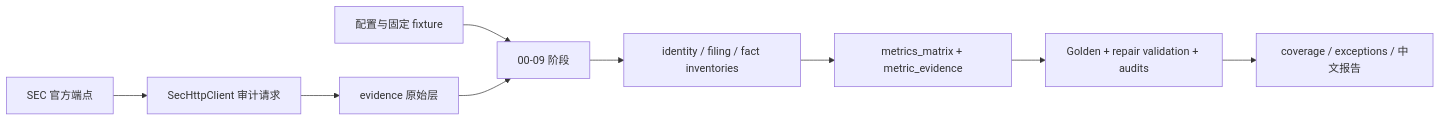
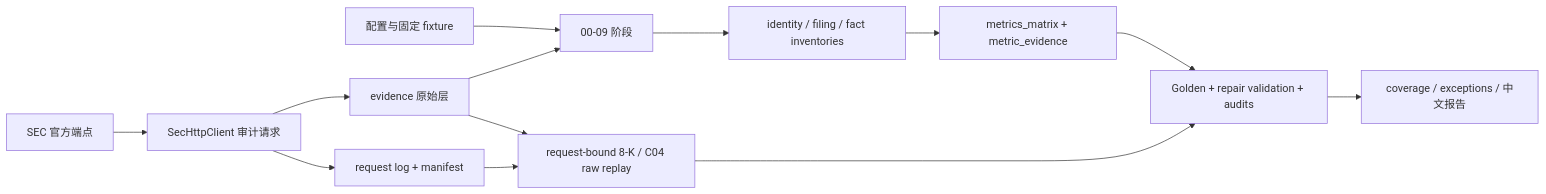
One commit to wlvh/SEC_metrics changed the first of 2 diagrams in architecture.md. Above: the diagram before and after it, drawn with Mermaid. The commit also changed other lines of this file and 63 other files, not shown here.

````diff
--- a/architecture.md
+++ b/architecture.md
@@ -96,11 +101,15 @@
 ```mermaid
 flowchart LR
     Config["配置与固定 fixture"] --> Stages["00-09 阶段"]
     SEC["SEC 官方端点"] --> HTTP["SecHttpClient 审计请求"]
     HTTP --> Raw["evidence 原始层"]
+    HTTP --> Ledger["request log + manifest"]
     Raw --> Stages
     Stages --> Inventory["identity / filing / fact inventories"]
     Inventory --> Matrix["metrics_matrix + metric_evidence"]
+    Ledger --> Replay["request-bound 8-K / C04 raw replay"]
+    Raw --> Replay
+    Replay --> Gates
     Matrix --> Gates["Golden + repair validation + audits"]
     Gates --> Report["coverage / exceptions / 中文报告"]
 ```
````
